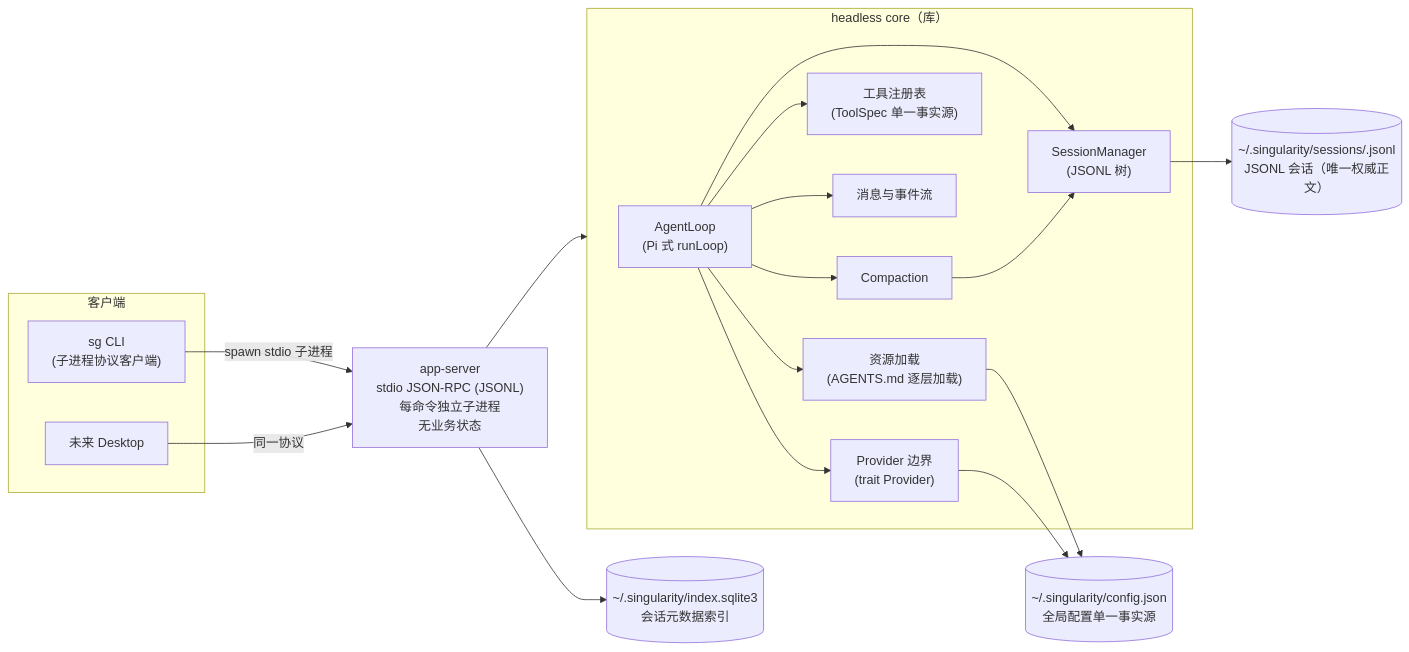
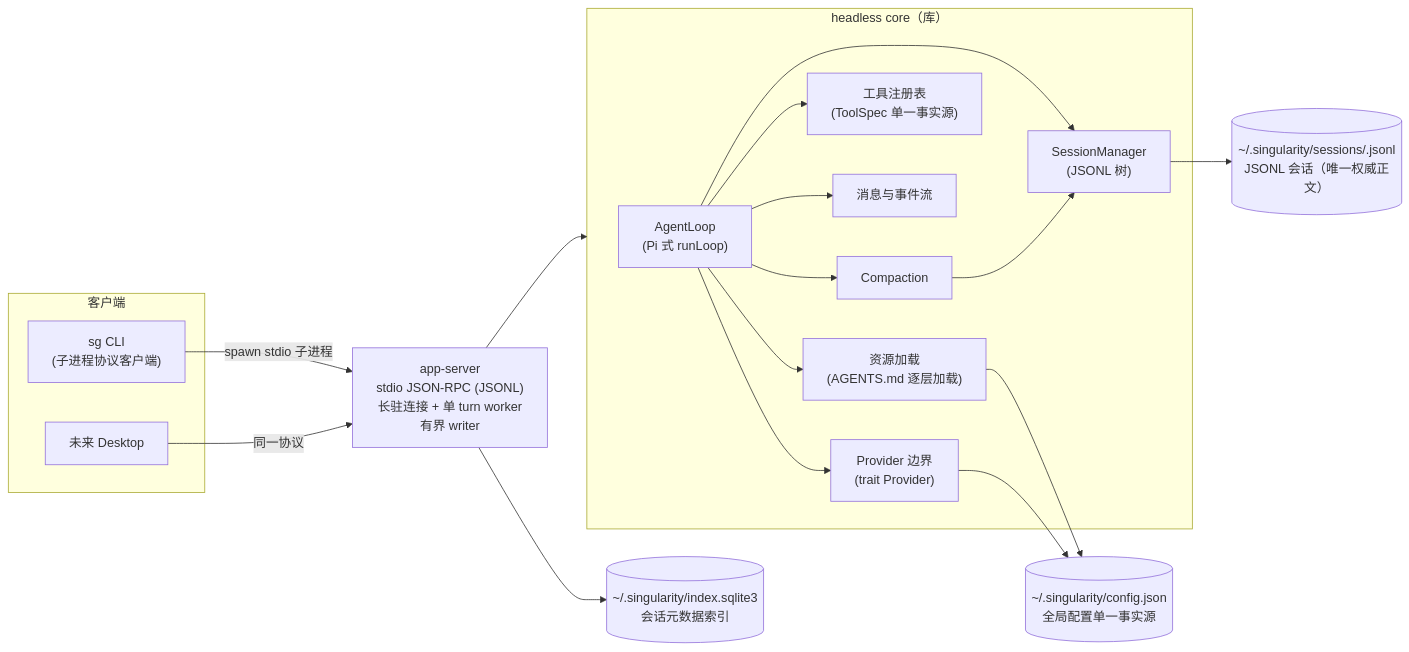
One commit to qjcnmd/singularity-agent changed the first of 8 diagrams in docs/singularity.md. Above: the diagram before and after it, drawn with Mermaid. The commit also changed other lines of this file and 20 other files, not shown here.

````diff
--- a/docs/singularity.md
+++ b/docs/singularity.md
@@ -18,35 +18,35 @@
 ```mermaid
 flowchart LR
     subgraph Client["客户端"]
         CLI["sg CLI<br/>(子进程协议客户端)"]
         Dsk["未来 Desktop"]
     end
-    Svr["app-server<br/>stdio JSON-RPC (JSONL)<br/>每命令独立子进程<br/>无业务状态"]
+    Svr["app-server<br/>stdio JSON-RPC (JSONL)<br/>长驻连接 + 单 turn worker<br/>有界 writer"]
     subgraph Core["headless core（库）"]
         Loop["AgentLoop<br/>(Pi 式 runLoop)"]
         SM["SessionManager<br/>(JSONL 树)"]
         CP["Compaction"]
         TR["工具注册表<br/>(ToolSpec 单一事实源)"]
         EV["消息与事件流"]
         RL["资源加载<br/>(AGENTS.md 逐层加载)"]
         PV["Provider 边界<br/>(trait Provider)"]
     end
     CFG[("~/.singularity/config.json<br/>全局配置单一事实源")]
     SES[("~/.singularity/sessions/<uuid>.jsonl<br/>JSONL 会话（唯一权威正文）")]
 
     IDX[("~/.singularity/index.sqlite3<br/>会话元数据索引")]
     CLI -->|"spawn stdio 子进程"| Svr
     Dsk -->|"同一协议"| Svr
     Svr --> Core
     Loop --> SM
     Loop --> CP
     Loop --> TR
     Loop --> EV
     Loop --> RL
     Loop --> PV
     CP --> SM
     SM --> SES
     Svr --> IDX
     RL --> CFG
     PV --> CFG
 ```
````
